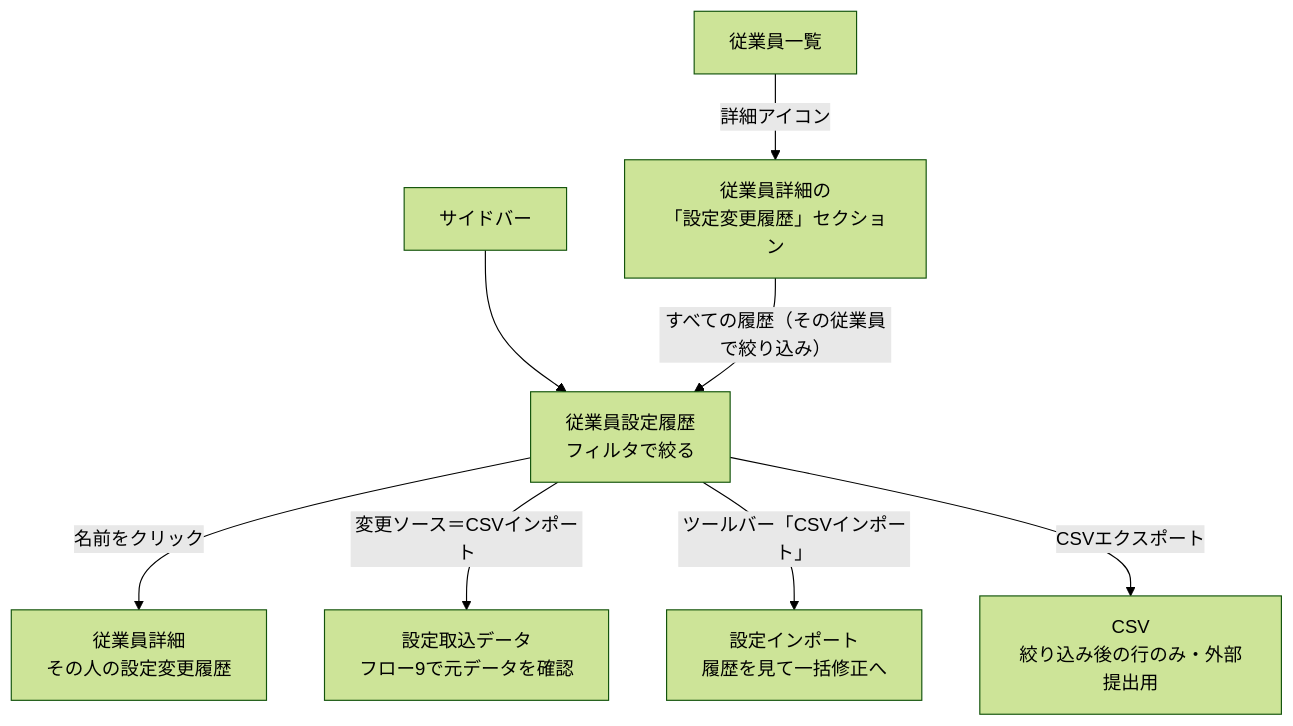
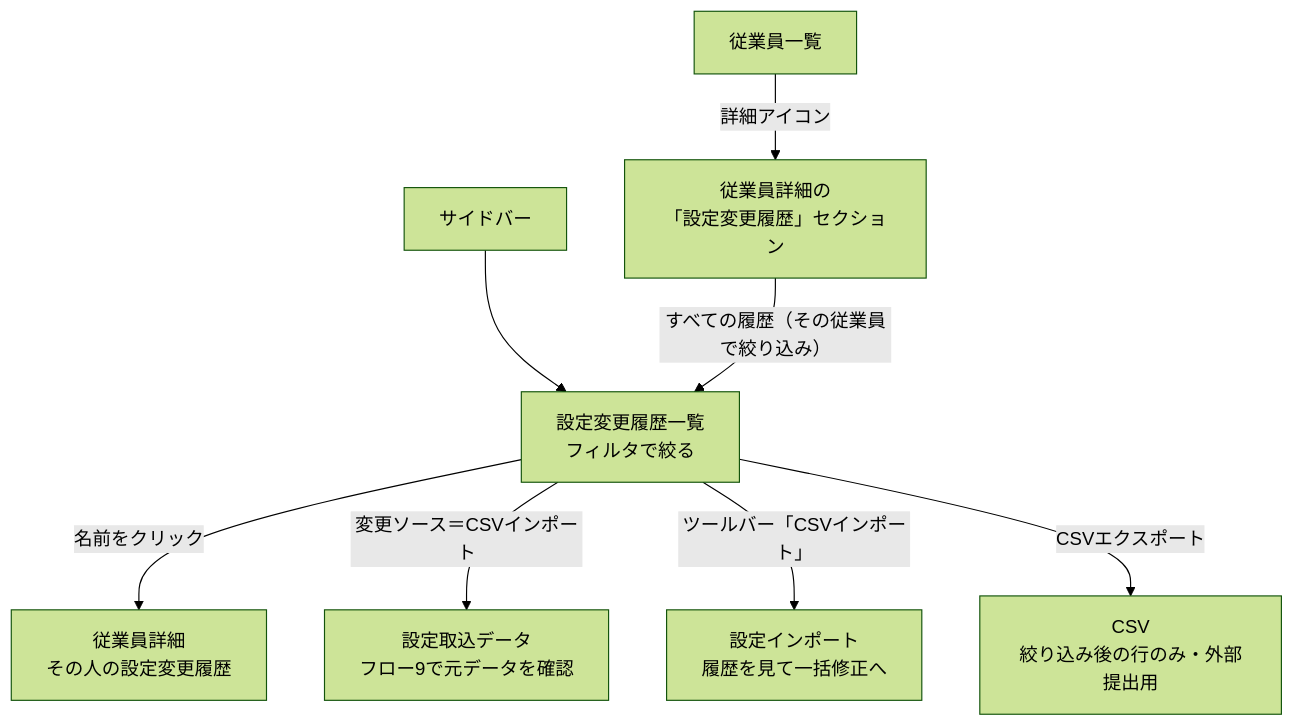
Before and after one commit to suguru789987/rakmy-employee-mgmt-spec: the fifth of 15 diagrams in 20260803_01_従業員管理_仕様書_PdM版.md, drawn with Mermaid (forest theme). The commit also changed other lines of this file and 18 other files, not shown here.

````diff
--- a/20260803_01_従業員管理_仕様書_PdM版.md
+++ b/20260803_01_従業員管理_仕様書_PdM版.md
@@ -242,11 +242,11 @@
 ```mermaid
 flowchart TB
-  SB["サイドバー"] --> EH["従業員設定履歴<br/>フィルタで絞る"]
+  SB["サイドバー"] --> EH["設定変更履歴一覧<br/>フィルタで絞る"]
   EH -->|"名前をクリック"| ED["従業員詳細<br/>その人の設定変更履歴"]
   EH -->|"変更ソース＝CSVインポート"| SD["設定取込データ<br/>フロー9で元データを確認"]
   EH -->|"ツールバー「CSVインポート」"| IMP["設定インポート<br/>履歴を見て一括修正へ"]
   EH -->|"CSVエクスポート"| CSV["CSV<br/>絞り込み後の行のみ・外部提出用"]
 
   EL["従業員一覧"] -->|"詳細アイコン"| ED2["従業員詳細の<br/>「設定変更履歴」セクション"]
   ED2 -->|"すべての履歴（その従業員で絞り込み）"| EH
 ```
````
